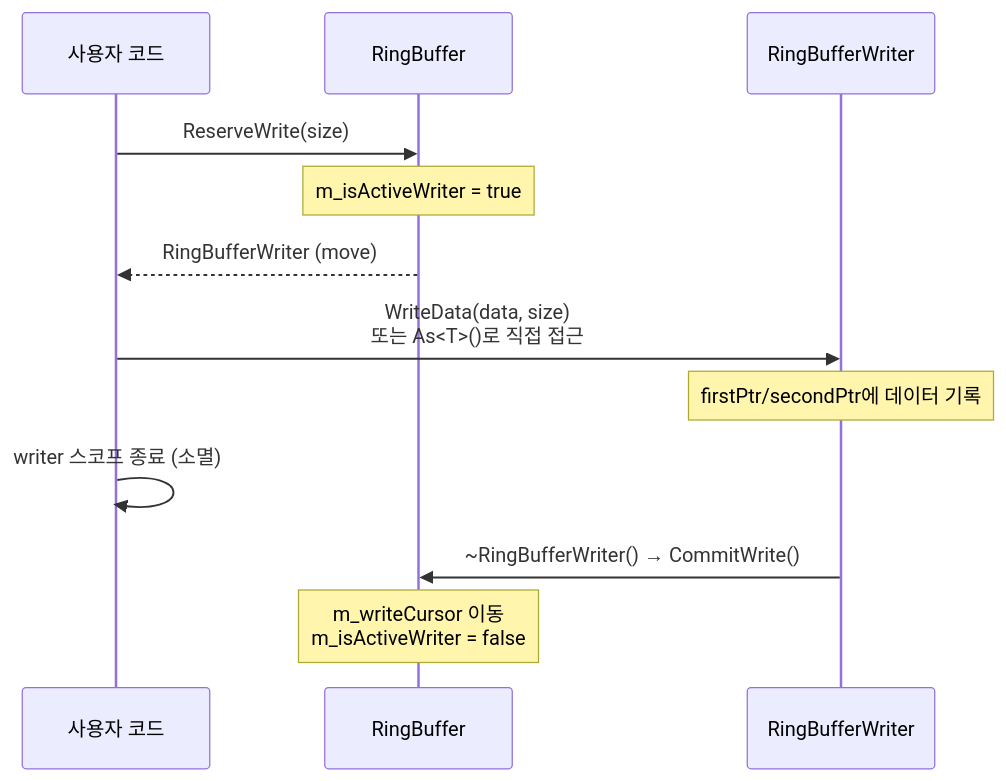
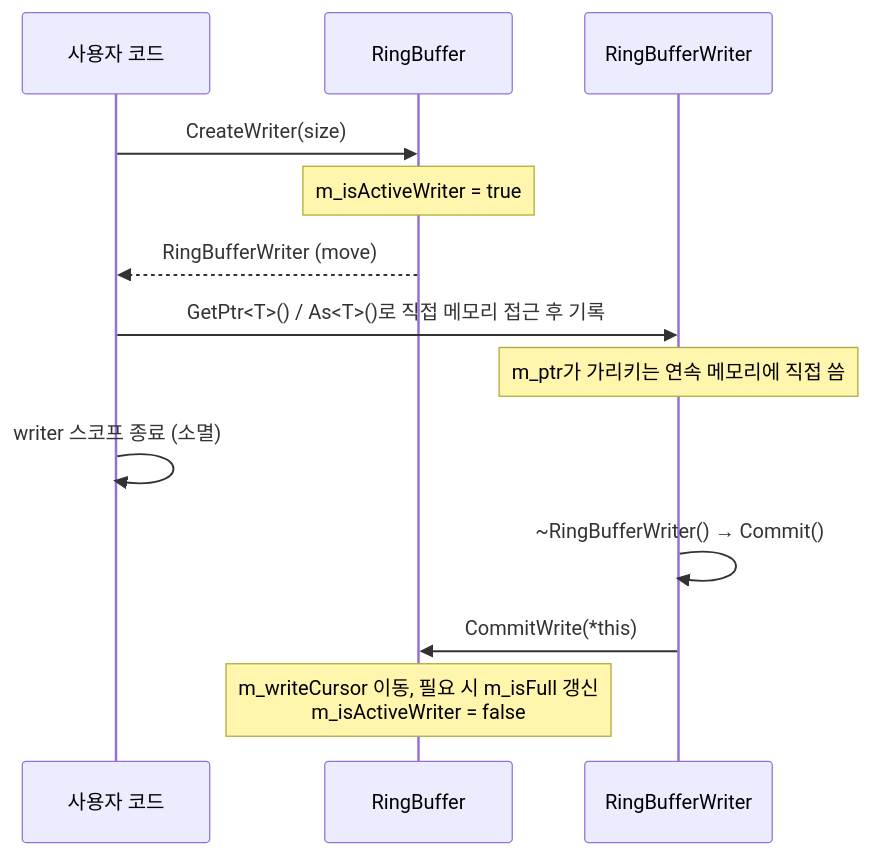
One commit to KyungUnMin/TuxBase-MMO changed the second of 3 diagrams in 01_Server/Doc/DevNotes/ClassExplanation/01_ServerBase/DataStruct/RingBuffer.md. Above: the diagram before and after it, drawn with Mermaid. The commit also changed other lines of this file and 2 other files, not shown here.

````diff
--- a/01_Server/Doc/DevNotes/ClassExplanation/01_ServerBase/DataStruct/RingBuffer.md
+++ b/01_Server/Doc/DevNotes/ClassExplanation/01_ServerBase/DataStruct/RingBuffer.md
@@ -201,17 +172,18 @@
 ```mermaid
 sequenceDiagram
     participant App as 사용자 코드
     participant RB as RingBuffer
     participant W as RingBufferWriter
 
-    App ->> RB: ReserveWrite(size)
+    App ->> RB: CreateWriter(size)
     Note over RB: m_isActiveWriter = true
     RB -->> App: RingBufferWriter (move)
 
-    App ->> W: WriteData(data, size)<br/>또는 As<T>()로 직접 접근
-    Note over W: firstPtr/secondPtr에 데이터 기록
+    App ->> W: GetPtr<T>() / As<T>()로 직접 메모리 접근 후 기록
+    Note over W: m_ptr가 가리키는 연속 메모리에 직접 씀
 
     App ->> App: writer 스코프 종료 (소멸)
-    W ->> RB: ~RingBufferWriter() → CommitWrite()
-    Note over RB: m_writeCursor 이동<br/>m_isActiveWriter = false
+    W ->> W: ~RingBufferWriter() → Commit()
+    W ->> RB: CommitWrite(*this)
+    Note over RB: m_writeCursor 이동, 필요 시 m_isFull 갱신<br/>m_isActiveWriter = false
 ```
````
